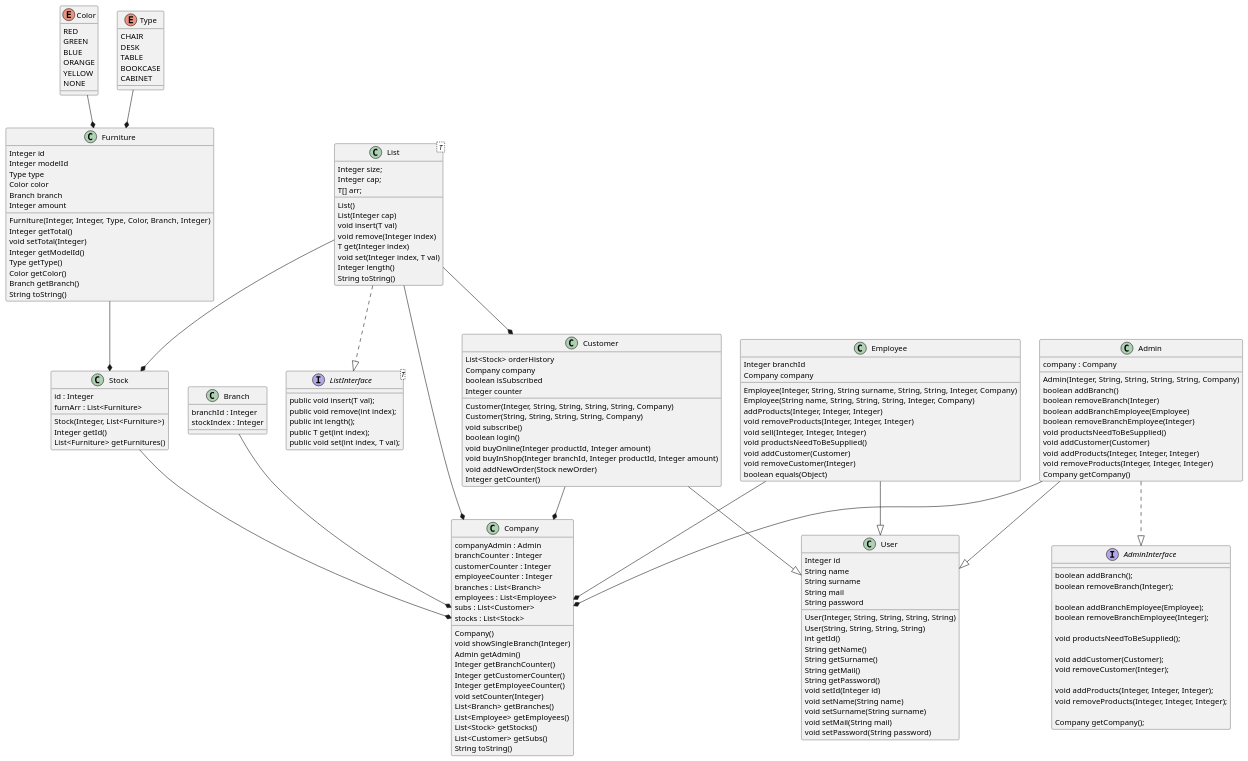
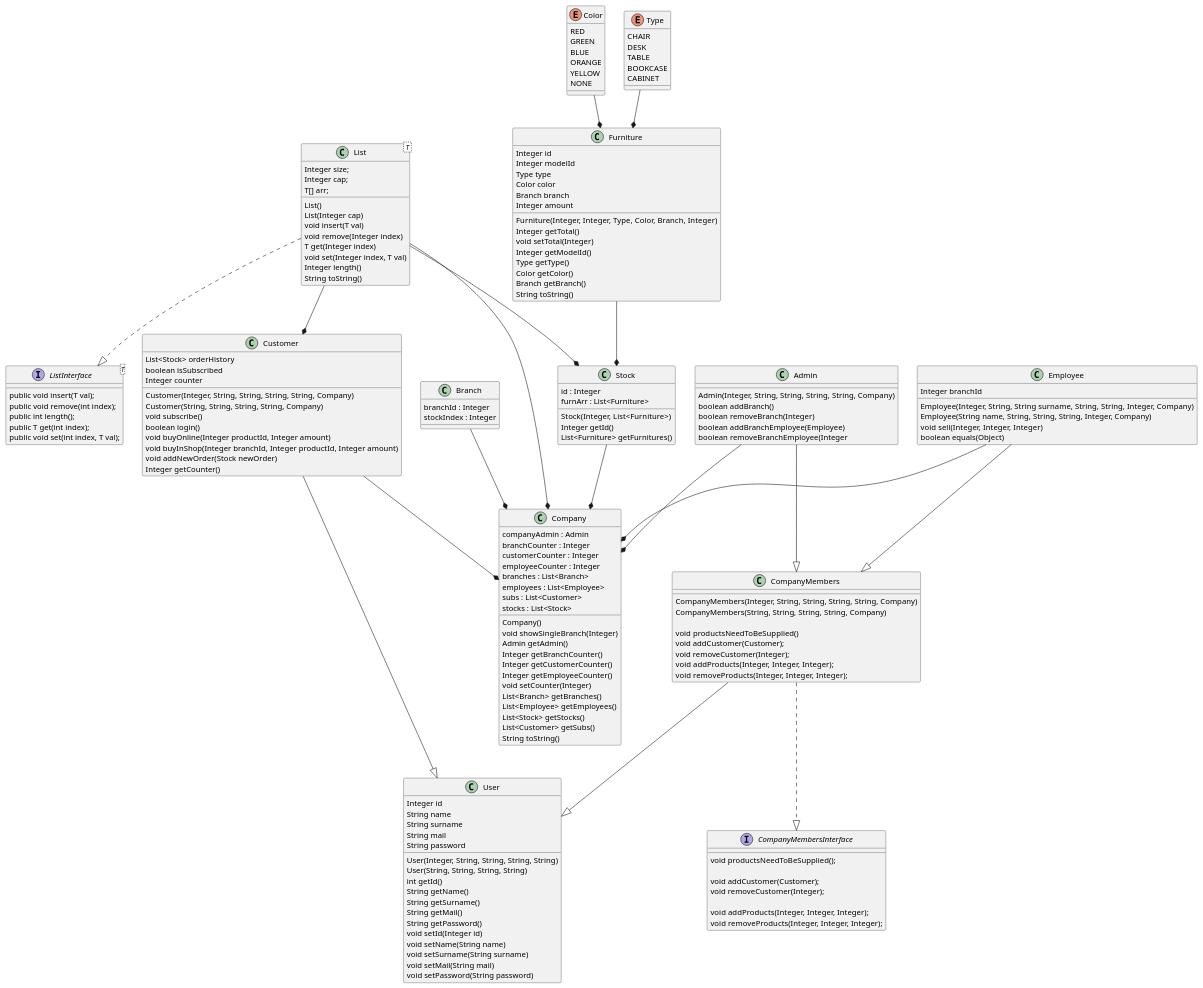
Before and after one commit to barisayyildiz/Data-Structures-Homeworks: the diagram in classes.puml, drawn with PlantUML. The commit also changed 6 other files, not shown here.

Commit message:
CompanyMembers & CompanyMembersInterface ile User yapısı değiştirildi

```diff
--- a/classes.puml
+++ b/classes.puml
@@ -42,27 +42,26 @@
 
 class Admin
 {
-	company : Company
 	Admin(Integer, String, String, String, String, Company)
 	boolean addBranch()
 	boolean removeBranch(Integer)
 	boolean addBranchEmployee(Employee)
-	boolean removeBranchEmployee(Integer)
-	void productsNeedToBeSupplied()
-	void addCustomer(Customer)
-	void addProducts(Integer, Integer, Integer)
-	void removeProducts(Integer, Integer, Integer)
-	Company getCompany()
+	boolean removeBranchEmployee(Integer
+	' void removeCustomer(Integer);
+	' void productsNeedToBeSupplied()
+	' void addCustomer(Customer)
+	' void addProducts(Integer, Integer, Integer)
+	' void removeProducts(Integer, Integer, Integer)
 
 }
 
-interface AdminInterface {
+interface CompanyMembersInterface {
 
-	boolean addBranch();
-	boolean removeBranch(Integer);
+	' boolean addBranch();
+	' boolean removeBranch(Integer);
 
-	boolean addBranchEmployee(Employee);
-	boolean removeBranchEmployee(Integer);
+	' boolean addBranchEmployee(Employee);
+	' boolean removeBranchEmployee(Integer);
 
 	void productsNeedToBeSupplied();
 
@@ -71,15 +70,25 @@
 
 	void addProducts(Integer, Integer, Integer);
 	void removeProducts(Integer, Integer, Integer);
+	
+}
 
-	Company getCompany();
+class CompanyMembers
+{
+	CompanyMembers(Integer, String, String, String, String, Company)
+	CompanyMembers(String, String, String, String, Company)
 	
+	void productsNeedToBeSupplied()
+	void addCustomer(Customer);
+	void removeCustomer(Integer);
+	void addProducts(Integer, Integer, Integer);
+	void removeProducts(Integer, Integer, Integer);
+
 }
 
 class Customer
 {
 	List<Stock> orderHistory
-	Company company
 	boolean isSubscribed
 	Integer counter
 
@@ -98,16 +107,15 @@
 class Employee
 {
 	Integer branchId
-	Company company
 
 	Employee(Integer, String, String surname, String, String, Integer, Company)
 	Employee(String name, String, String, String, Integer, Company)
-	addProducts(Integer, Integer, Integer)
-	void removeProducts(Integer, Integer, Integer)
+	' addProducts(Integer, Integer, Integer)
+	' void removeProducts(Integer, Integer, Integer)
 	void sell(Integer, Integer, Integer)
-	void productsNeedToBeSupplied()
-	void addCustomer(Customer)
-	void removeCustomer(Integer)
+	' void productsNeedToBeSupplied()
+	' void addCustomer(Customer)
+	' void removeCustomer(Integer)
 	boolean equals(Object)
 }
 
@@ -206,10 +214,15 @@
 Customer --* Company
 Stock --* Company
 Admin --* Company
-Admin --|> User
-Employee --|> User
+' Admin --|> User
+' Employee --|> User
+Admin --|> CompanyMembers
+Employee --|> CompanyMembers
+CompanyMembers ..|> CompanyMembersInterface
+CompanyMembers --|> User
+
 Customer --|> User
-Admin ..|> AdminInterface
+' Admin ..|> CompanyMembersInterface
 List ..|> ListInterface
 Furniture --* Stock
 Color --* Furniture
```
